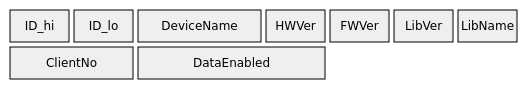
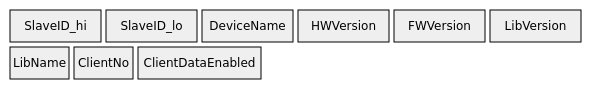
Before and after one commit to sebaJoSt/blaeck-protocol: the third of 5 diagrams in protocol/frames/devices.md, drawn with Mermaid. The commit also changed other lines of this file and 4 other files, not shown here.

First line of the commit message:
Use canonical element names in all Mermaid diagrams and tables

````diff
--- a/protocol/frames/devices.md
+++ b/protocol/frames/devices.md
@@ -77,18 +77,18 @@
 ```mermaid
 ---
 config:
   packet:
     showBits: false
-    bitsPerRow: 16
+    bitsPerRow: 18
 ---
 packet-beta
-  0-1: "ID_hi"
-  2-3: "ID_lo"
-  4-7: "DeviceName"
-  8-9: "HWVer"
-  10-11: "FWVer"
-  12-13: "LibVer"
-  14-15: "LibName"
-  16-19: "ClientNo"
-  20-25: "DataEnabled"
+  0-2: "SlaveID_hi"
+  3-5: "SlaveID_lo"
+  6-8: "DeviceName"
+  9-11: "HWVersion"
+  12-14: "FWVersion"
+  15-17: "LibVersion"
+  18-19: "LibName"
+  20-21: "ClientNo"
+  22-25: "ClientDataEnabled"
 ```
````
